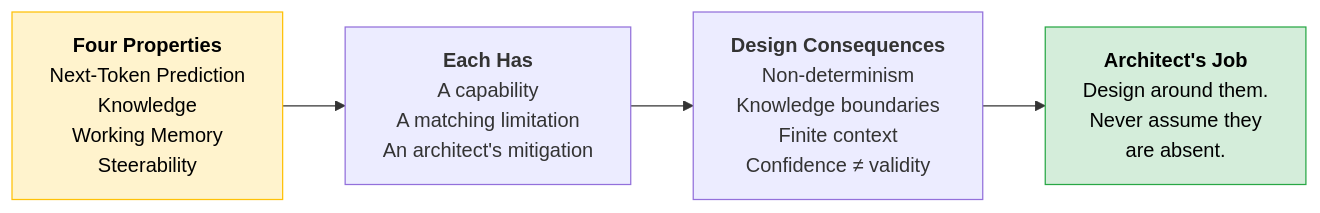
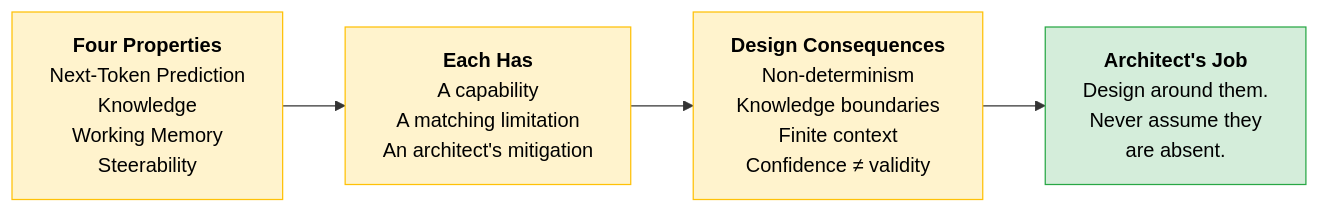
Before and after one commit to shreyabaid007/Claude-Certified-Architect: the seventh of 7 diagrams in Professional/01-Claude-Platform-and-Solution-Design/01-How-Claude-Behaves.md, drawn with Mermaid. The commit also changed other lines of this file and 1 other file, not shown here.

First line of the commit message:
Standardize to two-color palette across all study diagrams

````diff
--- a/Professional/01-Claude-Platform-and-Solution-Design/01-How-Claude-Behaves.md
+++ b/Professional/01-Claude-Platform-and-Solution-Design/01-How-Claude-Behaves.md
@@ -173,9 +161,9 @@
 ```mermaid
 flowchart LR
-    A["<b>Four Properties</b><br/>Next-Token Prediction<br/>Knowledge<br/>Working Memory<br/>Steerability"] --> B["<b>Each Has</b><br/>A capability<br/>A matching limitation<br/>An architect's mitigation"]
-    B --> C["<b>Design Consequences</b><br/>Non-determinism<br/>Knowledge boundaries<br/>Finite context<br/>Confidence ≠ validity"]
-    C --> D["<b>Architect's Job</b><br/>Design around them.<br/>Never assume they<br/>are absent."]
+    classDef concept fill:#fff3cd,stroke:#ffc107,color:#000
+    classDef action fill:#d4edda,stroke:#28a745,color:#000
 
-    style A fill:#fff3cd,stroke:#ffc107,color:#000
-    style D fill:#d4edda,stroke:#28a745,color:#000
+    A["<b>Four Properties</b><br/>Next-Token Prediction<br/>Knowledge<br/>Working Memory<br/>Steerability"]:::concept --> B["<b>Each Has</b><br/>A capability<br/>A matching limitation<br/>An architect's mitigation"]:::concept
+    B --> C["<b>Design Consequences</b><br/>Non-determinism<br/>Knowledge boundaries<br/>Finite context<br/>Confidence ≠ validity"]:::concept
+    C --> D["<b>Architect's Job</b><br/>Design around them.<br/>Never assume they<br/>are absent."]:::action
 ```
````
